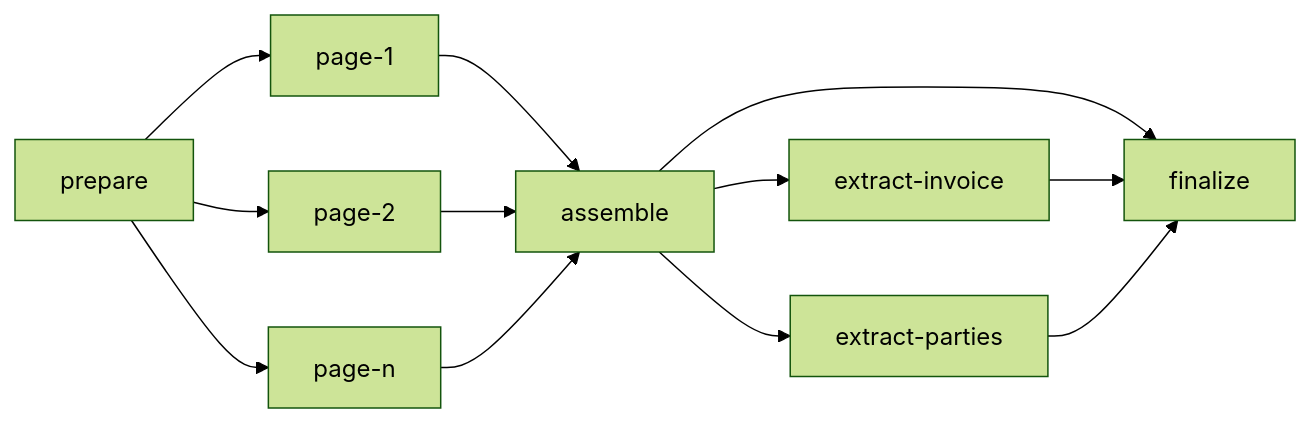
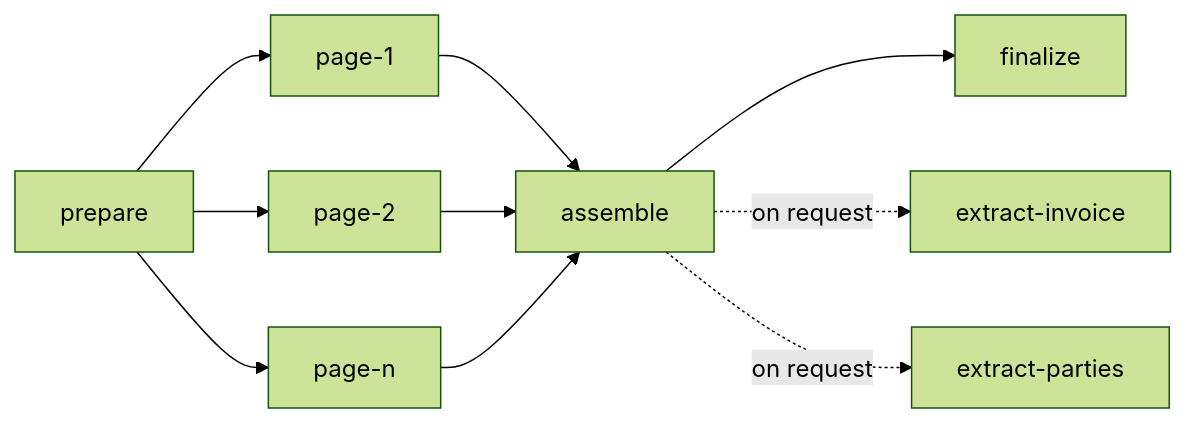
Before and after one commit to latere-ai/lectio: the diagram in specs/005-parse-graph.md, drawn with Mermaid (forest theme). The commit also changed other lines of this file and 16 other files, not shown here.

````diff
--- a/specs/005-parse-graph.md
+++ b/specs/005-parse-graph.md
@@ -39,8 +39,7 @@
 ```mermaid
 flowchart LR
   prepare --> p1["page-1"] & p2["page-2"] & pn["page-n"]
   p1 & p2 & pn --> assemble
-  assemble --> e1["extract-invoice"] & e2["extract-parties"]
   assemble --> finalize
-  e1 & e2 --> finalize
+  assemble -. "on request" .-> e1["extract-invoice"] & e2["extract-parties"]
 ```
````
